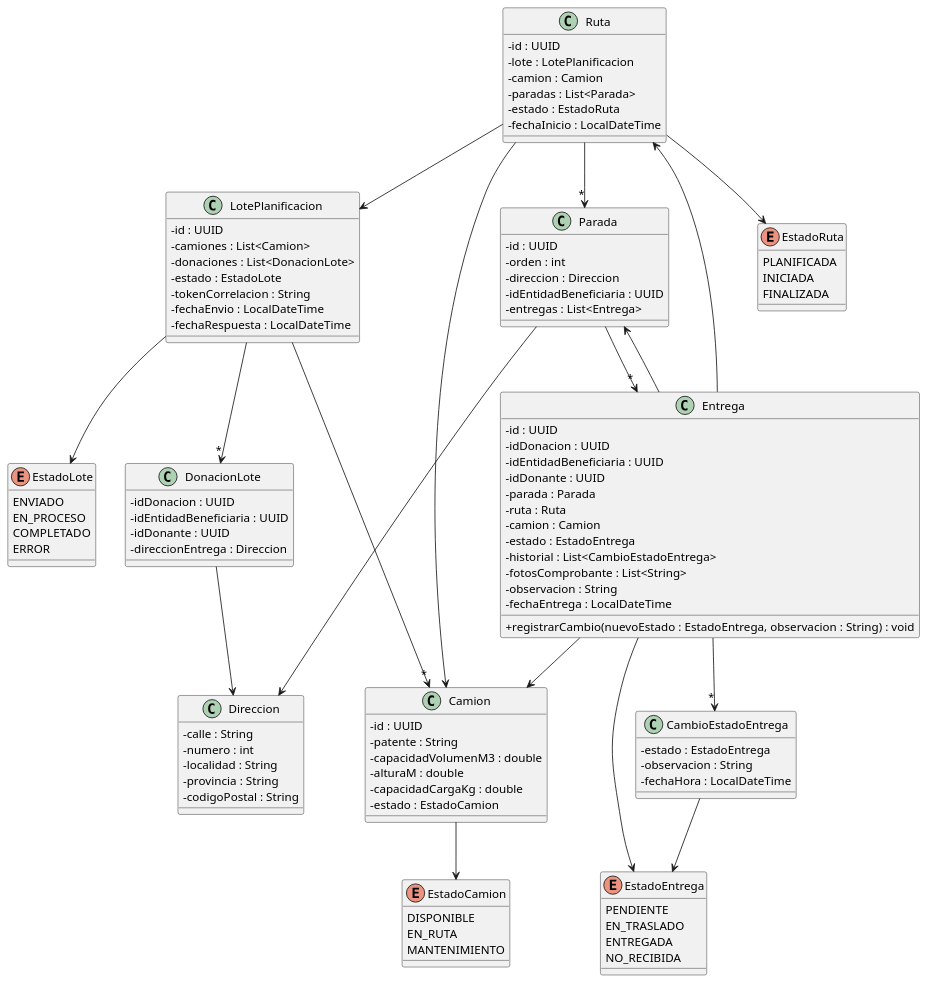
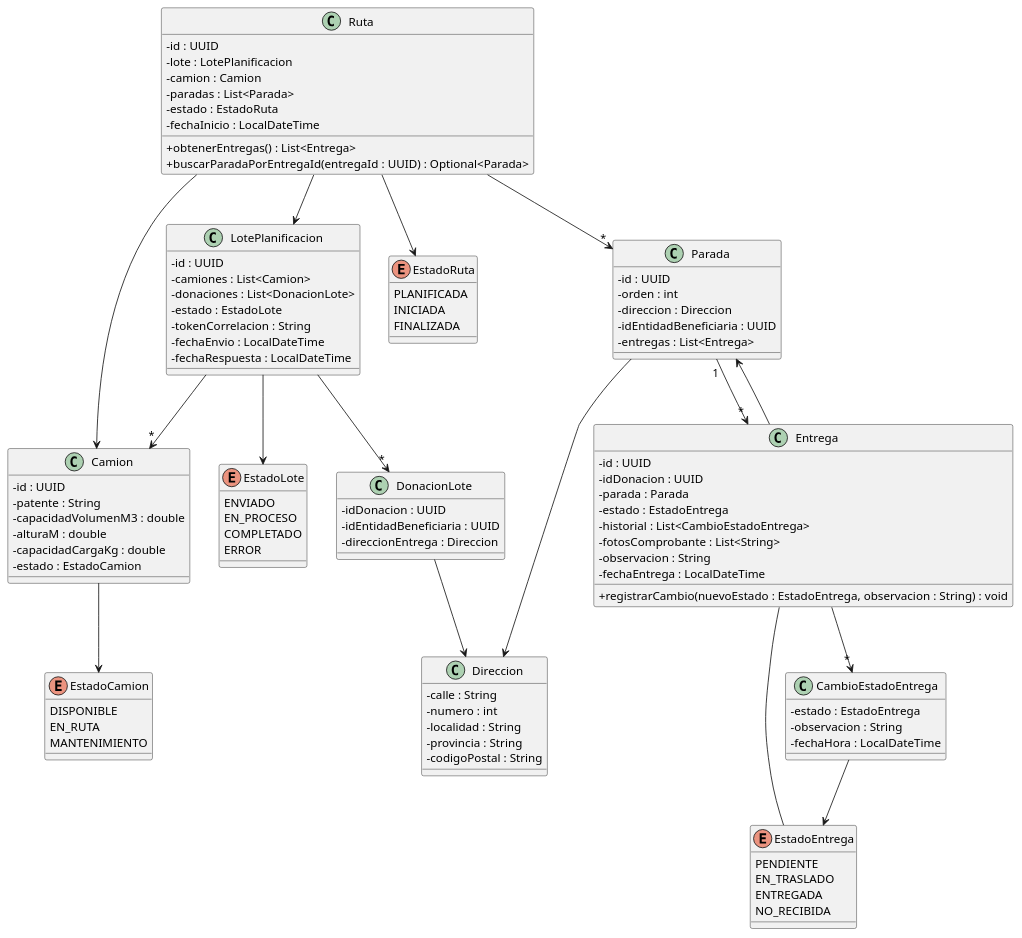
The diagram in donatrack/DiagramaDeClases/Logistica/diagramaClasesLogisticaModel.plantuml (PonceCamilo/TP-ANUAL-DISENIO-2026), drawn with PlantUML before and after one commit. The commit also changed 19 other files, not shown here.

```diff
--- a/donatrack/DiagramaDeClases/Logistica/diagramaClasesLogisticaModel.plantuml
+++ b/donatrack/DiagramaDeClases/Logistica/diagramaClasesLogisticaModel.plantuml
@@ -1,130 +1,127 @@
 @startuml diagramaClasesLogisticaModel
 
 skinparam classAttributeIconSize 0
+
+' Bounded context Logística: las entidades de Donaciones no se modelan acá.
+' Se referencian solo por identificadores primitivos (UUID).
 
 class Direccion {
     - calle : String
     - numero : int
     - localidad : String
     - provincia : String
     - codigoPostal : String
 }
 
 class Camion {
     - id : UUID
     - patente : String
     - capacidadVolumenM3 : double
     - alturaM : double
     - capacidadCargaKg : double
     - estado : EstadoCamion
 }
 
 enum EstadoCamion {
     DISPONIBLE
     EN_RUTA
     MANTENIMIENTO
 }
 
 class LotePlanificacion {
     - id : UUID
     - camiones : List<Camion>
     - donaciones : List<DonacionLote>
     - estado : EstadoLote
     - tokenCorrelacion : String
     - fechaEnvio : LocalDateTime
     - fechaRespuesta : LocalDateTime
 }
 
 enum EstadoLote {
     ENVIADO
     EN_PROCESO
     COMPLETADO
     ERROR
 }
 
 class DonacionLote {
     - idDonacion : UUID
     - idEntidadBeneficiaria : UUID
-    - idDonante : UUID
     - direccionEntrega : Direccion
 }
 
 class Ruta {
     - id : UUID
     - lote : LotePlanificacion
     - camion : Camion
     - paradas : List<Parada>
     - estado : EstadoRuta
     - fechaInicio : LocalDateTime
+    + obtenerEntregas() : List<Entrega>
+    + buscarParadaPorEntregaId(entregaId : UUID) : Optional<Parada>
 }
 
 enum EstadoRuta {
     PLANIFICADA
     INICIADA
     FINALIZADA
 }
 
 class Parada {
     - id : UUID
     - orden : int
     - direccion : Direccion
     - idEntidadBeneficiaria : UUID
     - entregas : List<Entrega>
 }
 
 class Entrega {
     - id : UUID
     - idDonacion : UUID
-    - idEntidadBeneficiaria : UUID
-    - idDonante : UUID
     - parada : Parada
-    - ruta : Ruta
-    - camion : Camion
     - estado : EstadoEntrega
     - historial : List<CambioEstadoEntrega>
     - fotosComprobante : List<String>
     - observacion : String
     - fechaEntrega : LocalDateTime
     + registrarCambio(nuevoEstado : EstadoEntrega, observacion : String) : void
 }
 
 enum EstadoEntrega {
     PENDIENTE
     EN_TRASLADO
     ENTREGADA
     NO_RECIBIDA
 }
 
 class CambioEstadoEntrega {
     - estado : EstadoEntrega
     - observacion : String
     - fechaHora : LocalDateTime
 }
 
 
 Camion --> EstadoCamion
 
-Entrega --> EstadoEntrega
-Entrega --> Camion
-Entrega --> Parada
-Entrega --> Ruta
+Entrega -- EstadoEntrega
 Entrega --> "*" CambioEstadoEntrega
 
 CambioEstadoEntrega --> EstadoEntrega
 
 Parada --> Direccion
-Parada --> "*" Entrega
+Parada "1" --> "*" Entrega
+Entrega --> Parada
 
 Ruta --> EstadoRuta
 Ruta --> Camion
 Ruta --> "*" Parada
 Ruta --> LotePlanificacion
 
 LotePlanificacion --> EstadoLote
 LotePlanificacion --> "*" Camion
 LotePlanificacion --> "*" DonacionLote
 
 DonacionLote --> Direccion
 
-
 @enduml
```
